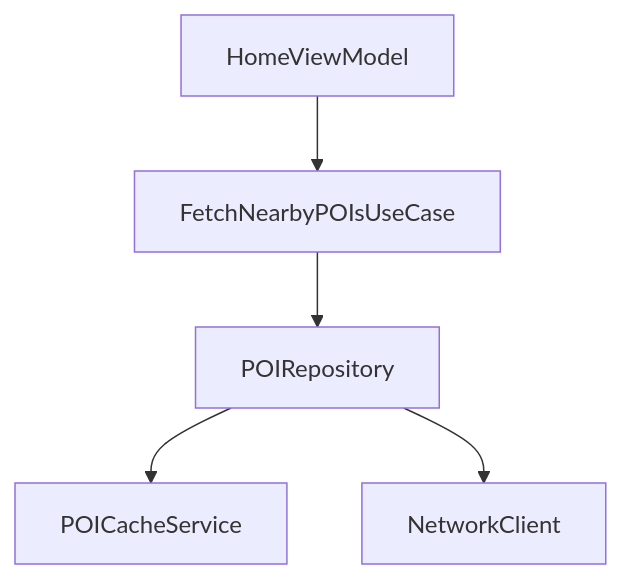
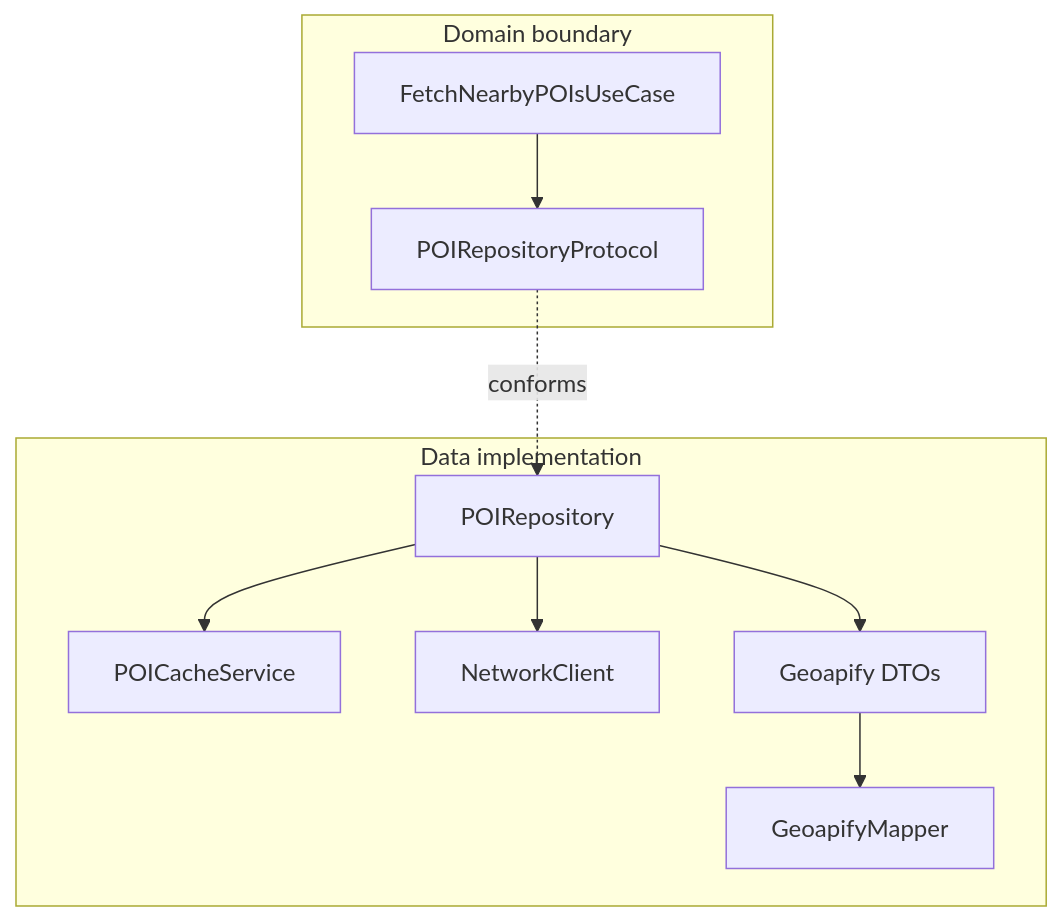
Before and after one commit to luizmellodev/Blueprint: the diagram in Documentation/Content/en/architecture/repository.md, drawn with Mermaid. The commit also changed 32 other files, not shown here.

````diff
--- a/Documentation/Content/en/architecture/repository.md
+++ b/Documentation/Content/en/architecture/repository.md
@@ -62,11 +62,21 @@
 ```mermaid
 flowchart TB
-  VM[HomeViewModel]
-  UC[FetchNearbyPOIsUseCase]
-  REPO[POIRepository]
-  CACHE[POICacheService]
-  NET[NetworkClient]
-  VM --> UC --> REPO
-  REPO --> CACHE
-  REPO --> NET
+  subgraph Domain["Domain boundary"]
+    UC[FetchNearbyPOIsUseCase]
+    PROTO[POIRepositoryProtocol]
+    UC --> PROTO
+  end
+
+  subgraph Data["Data implementation"]
+    REPO[POIRepository]
+    CACHE[POICacheService]
+    NET[NetworkClient]
+    DTO[Geoapify DTOs]
+    MAP[GeoapifyMapper]
+    REPO --> CACHE
+    REPO --> NET
+    REPO --> DTO --> MAP
+  end
+
+  PROTO -.->|conforms| REPO
 ```
````
